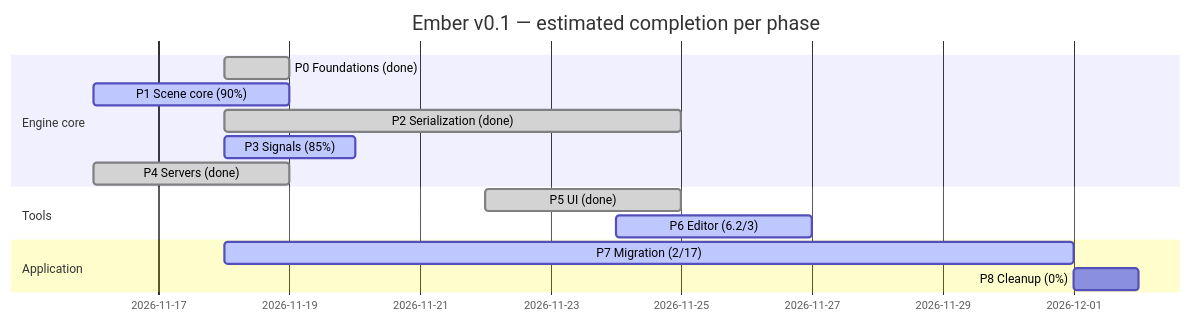
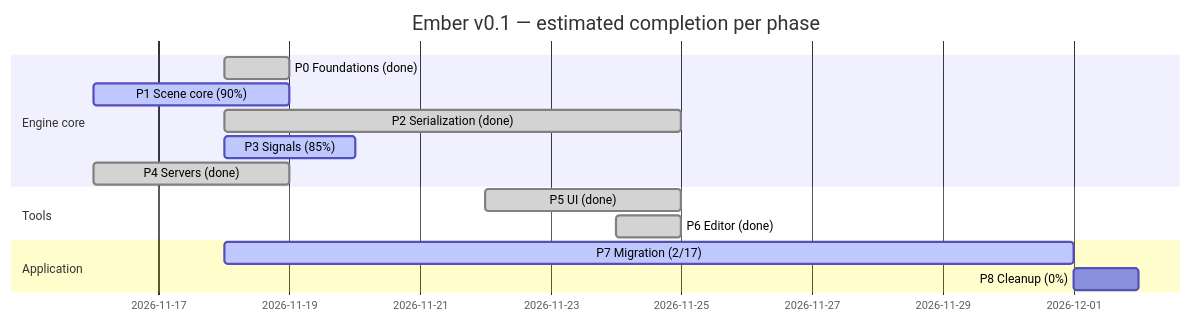
The diagram in ember-vault/60 Progress/Roadmap Tracker.md (titouanthd/ember), drawn with Mermaid before and after one commit. The commit also changed other lines of this file and 2 other files, not shown here.

First line of the commit message:
doc(vault-roadmap): Close Phase 6 editor POC

````diff
--- a/ember-vault/60 Progress/Roadmap Tracker.md
+++ b/ember-vault/60 Progress/Roadmap Tracker.md
@@ -11,17 +11,17 @@
 ```mermaid
 gantt
   dateFormat YYYY-MM-DD
   title Ember v0.1 — estimated completion per phase
   section Engine core
   P0 Foundations (done)  :done, p0, 2026-11-18, 1d
   P1 Scene core (90%)    :active, p1, 2026-11-16, 3d
   P2 Serialization (done):done, p2, 2026-11-18, 7d
   P3 Signals (85%)       :active, p3, 2026-11-18, 2d
   P4 Servers (done)      :done, p4, 2026-11-16, 3d
   section Tools
   P5 UI (done)           :done, p5, 2026-11-22, 3d
-  P6 Editor (6.2/3)      :active, p6, 2026-11-24, 3d
+  P6 Editor (done)       :done, p6, 2026-11-24, 1d
   section Application
   P7 Migration (2/17)    :active, p7, 2026-11-18, 13d
   P8 Cleanup (0%)        :p8, after p7, 1d
 ```
````
